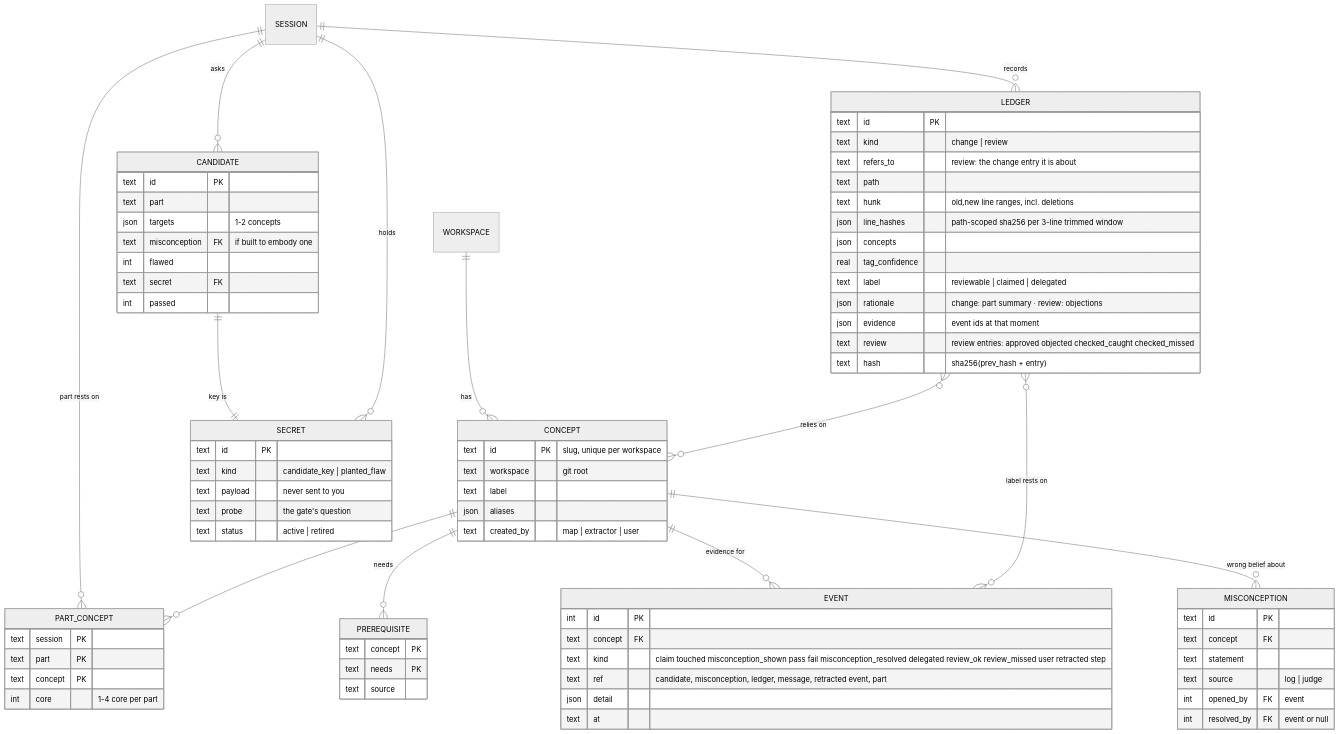
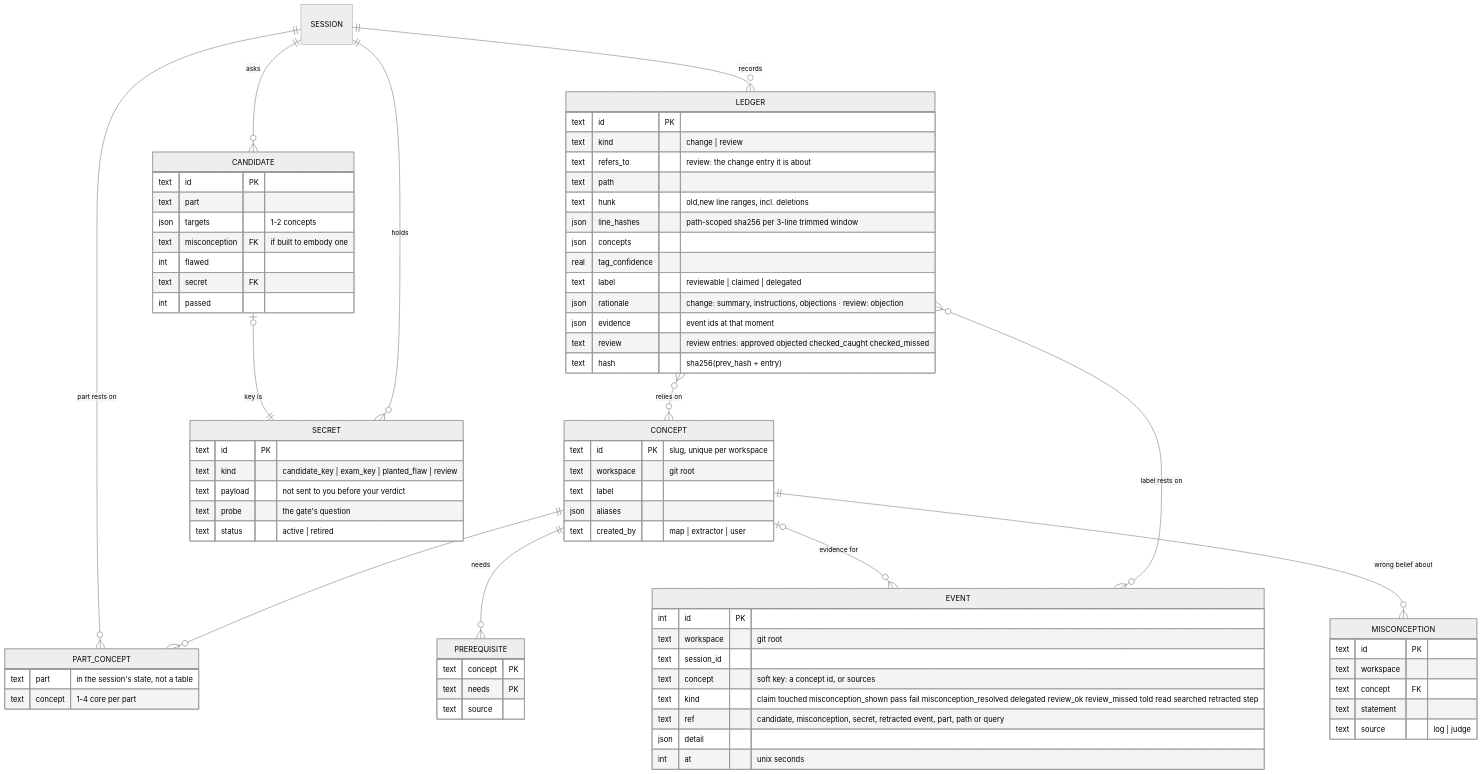
Before and after one commit to lprsrts/pathfinder: the third of 13 diagrams in docs/theory.md, drawn with Mermaid (neutral theme). The commit also changed other lines of this file, not shown here.

Commit message:
Make theory Part II describe what the code does today

````diff
--- a/docs/theory.md
+++ b/docs/theory.md
@@ -276,81 +286,79 @@
 ```mermaid
 erDiagram
-    WORKSPACE ||--o{ CONCEPT : has
     CONCEPT ||--o{ PREREQUISITE : needs
-    CONCEPT ||--o{ EVENT : "evidence for"
+    CONCEPT |o--o{ EVENT : "evidence for"
     CONCEPT ||--o{ MISCONCEPTION : "wrong belief about"
     SESSION ||--o{ PART_CONCEPT : "part rests on"
     CONCEPT ||--o{ PART_CONCEPT : ""
     SESSION ||--o{ CANDIDATE : asks
-    CANDIDATE ||--|| SECRET : "key is"
+    CANDIDATE |o--|| SECRET : "key is"
     SESSION ||--o{ SECRET : holds
     SESSION ||--o{ LEDGER : records
     LEDGER }o--o{ CONCEPT : "relies on"
     LEDGER }o--o{ EVENT : "label rests on"
 
     CONCEPT {
         text id PK "slug, unique per workspace"
         text workspace "git root"
         text label
         json aliases
         text created_by "map | extractor | user"
     }
     PREREQUISITE {
         text concept PK
         text needs PK
         text source
     }
     PART_CONCEPT {
-        text session PK
-        text part PK
-        text concept PK
-        int core "1-4 core per part"
+        text part "in the session's state, not a table"
+        text concept "1-4 core per part"
     }
     EVENT {
         int id PK
-        text concept FK
-        text kind "claim touched misconception_shown pass fail misconception_resolved delegated review_ok review_missed user retracted step"
-        text ref "candidate, misconception, ledger, message, retracted event, part"
+        text workspace "git root"
+        text session_id
+        text concept "soft key: a concept id, or sources"
+        text kind "claim touched misconception_shown pass fail misconception_resolved delegated review_ok review_missed told read searched retracted step"
+        text ref "candidate, misconception, secret, retracted event, part, path or query"
         json detail
-        text at
+        int at "unix seconds"
     }
     MISCONCEPTION {
         text id PK
+        text workspace
         text concept FK
         text statement
         text source "log | judge"
-        int opened_by FK "event"
-        int resolved_by FK "event or null"
     }
     CANDIDATE {
         text id PK
         text part
         json targets "1-2 concepts"
         text misconception FK "if built to embody one"
         int flawed
         text secret FK
         int passed
     }
     SECRET {
         text id PK
-        text kind "candidate_key | planted_flaw"
-        text payload "never sent to you"
+        text kind "candidate_key | exam_key | planted_flaw | review"
+        text payload "not sent to you before your verdict"
         text probe "the gate's question"
         text status "active | retired"
     }
     LEDGER {
         text id PK
         text kind "change | review"
         text refers_to "review: the change entry it is about"
         text path
         text hunk "old,new line ranges, incl. deletions"
         json line_hashes "path-scoped sha256 per 3-line trimmed window"
         json concepts
         real tag_confidence
         text label "reviewable | claimed | delegated"
-        json rationale "change: part summary · review: objections"
+        json rationale "change: summary, instructions, objections · review: objection"
         json evidence "event ids at that moment"
         text review "review entries: approved objected checked_caught checked_missed"
         text hash "sha256(prev_hash + entry)"
     }
 ```
````
